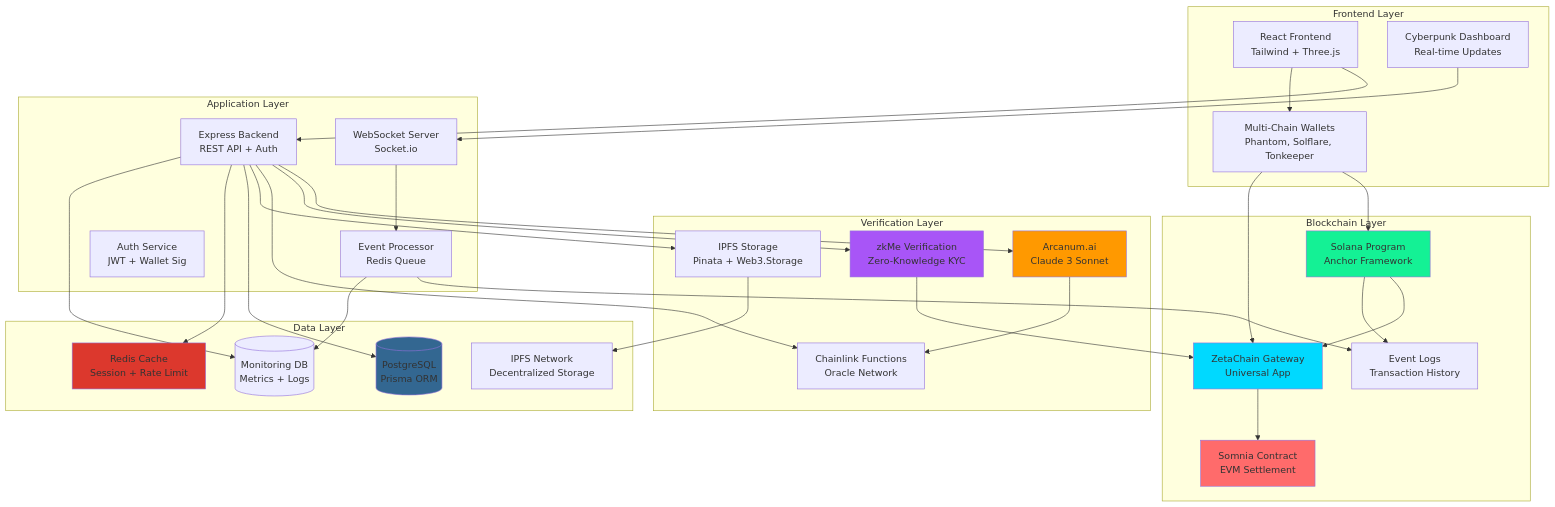
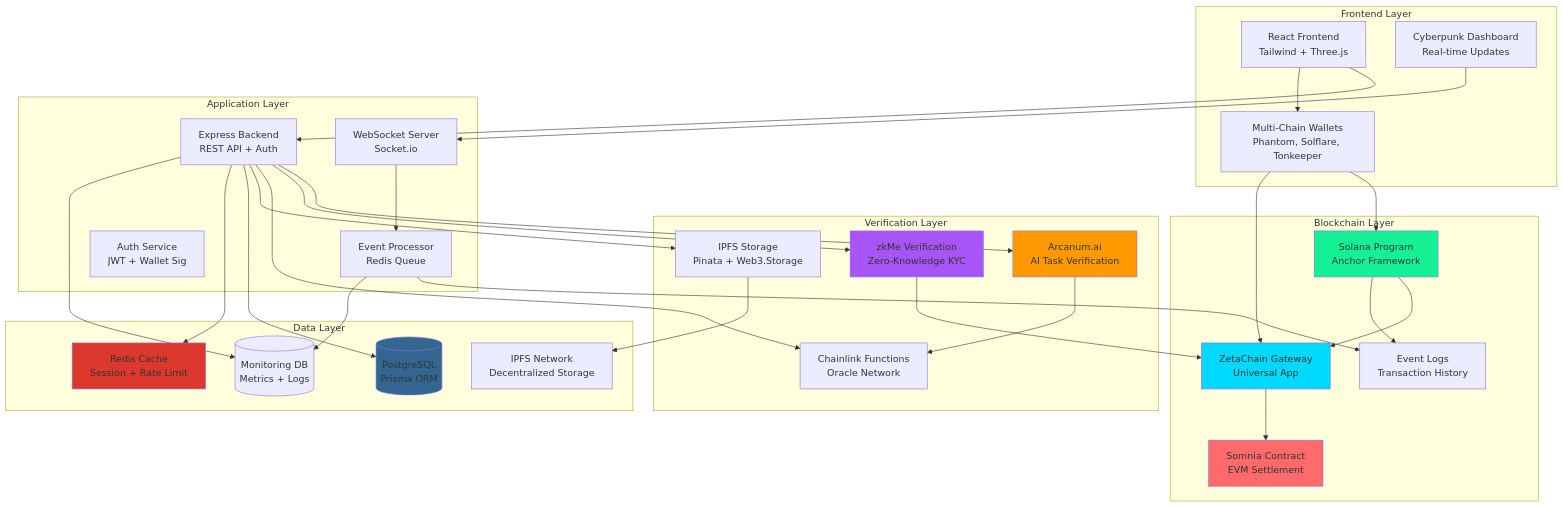
The first of 5 diagrams in diagrams/architecture-diagrams.md (De-real-iManuel/aetherlock-docs), drawn with Mermaid before and after one commit. The commit also changed other lines of this file and 92 other files, not shown here.

Commit message:
Proof-of-Task Verification (PoTV)

````diff
--- a/diagrams/architecture-diagrams.md
+++ b/diagrams/architecture-diagrams.md
@@ -7,71 +7,71 @@
 ```mermaid
 graph TB
     subgraph "Frontend Layer"
         UI[React Frontend<br/>Tailwind + Three.js]
         Wallet[Multi-Chain Wallets<br/>Phantom, Solflare, Tonkeeper]
         Dashboard[Cyberpunk Dashboard<br/>Real-time Updates]
     end
     
     subgraph "Application Layer"
         API[Express Backend<br/>REST API + Auth]
         WS[WebSocket Server<br/>Socket.io]
         EventProc[Event Processor<br/>Redis Queue]
         Auth[Auth Service<br/>JWT + Wallet Sig]
     end
     
     subgraph "Verification Layer"
-        AI[Arcanum.ai<br/>Claude 3 Sonnet]
+        AI[Arcanum.ai<br/>AI Task Verification]
         KYC[zkMe Verification<br/>Zero-Knowledge KYC]
         Oracle[Chainlink Functions<br/>Oracle Network]
         IPFS[IPFS Storage<br/>Pinata + Web3.Storage]
     end
     
     subgraph "Blockchain Layer"
         Solana[Solana Program<br/>Anchor Framework]
         Zeta[ZetaChain Gateway<br/>Universal App]
         Somnia[Somnia Contract<br/>EVM Settlement]
         Events[Event Logs<br/>Transaction History]
     end
     
     subgraph "Data Layer"
         DB[(PostgreSQL<br/>Prisma ORM)]
         Redis[Redis Cache<br/>Session + Rate Limit]
         IPFSNet[IPFS Network<br/>Decentralized Storage]
         Monitoring[(Monitoring DB<br/>Metrics + Logs)]
     end
     
     UI --> API
     UI --> Wallet
     Wallet --> Solana
     Wallet --> Zeta
     Dashboard --> WS
     
     API --> AI
     API --> KYC
     API --> Oracle
     API --> IPFS
     API --> DB
     API --> Redis
     
     WS --> EventProc
     EventProc --> Events
     
     Solana --> Zeta
     Zeta --> Somnia
     Solana --> Events
     
     AI --> Oracle
     KYC --> Zeta
     IPFS --> IPFSNet
     
     EventProc --> Monitoring
     API --> Monitoring
     
     style AI fill:#FF9900
     style KYC fill:#A855F7
     style Solana fill:#14F195
     style Zeta fill:#00D9FF
     style Somnia fill:#FF6B6B
     style DB fill:#336791
     style Redis fill:#DC382D
 ```
````
